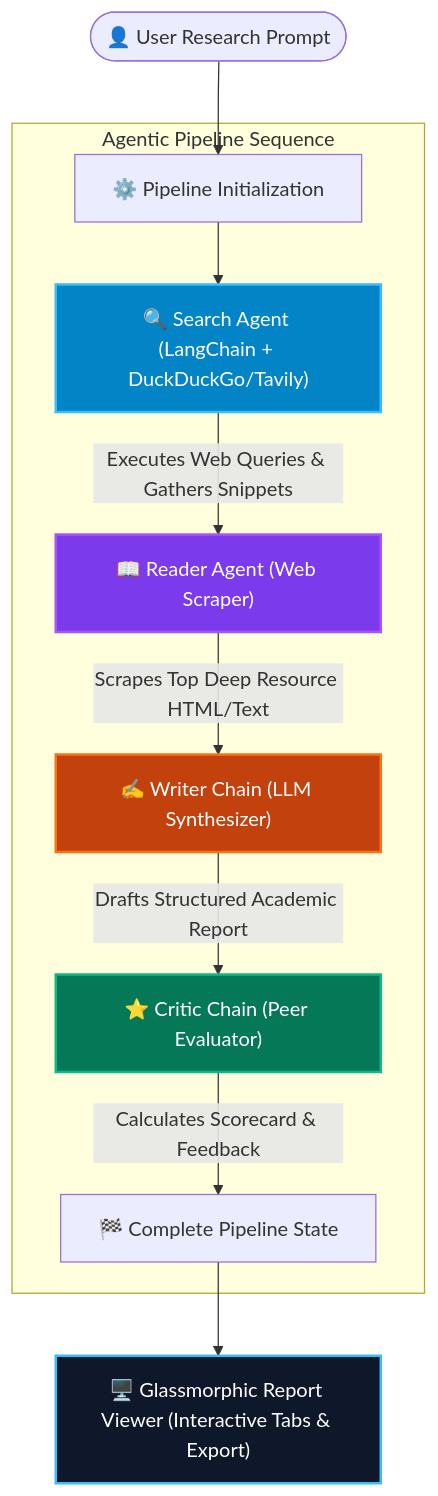
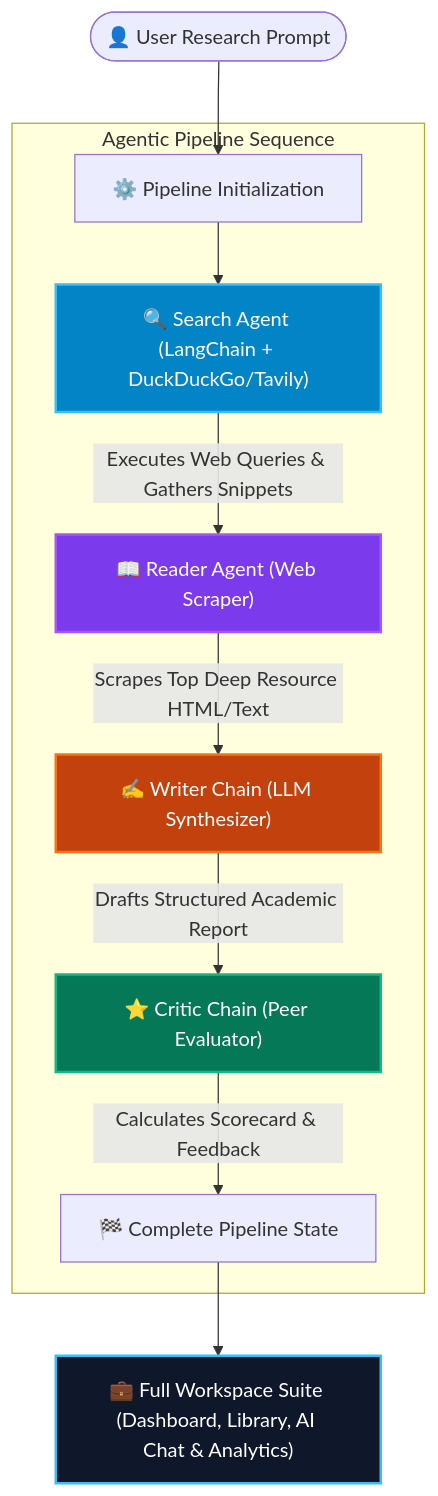
One commit to AdeenaRamzan/Multi-agent-research-system changed the diagram in README.md. Above: the diagram before and after it, drawn with Mermaid. The commit also changed other lines of this file, not shown here.

Commit message:
Update README.md with workspace features, architecture, and deployment instructions

````diff
--- a/README.md
+++ b/README.md
@@ -34,20 +36,20 @@
 ```mermaid
 graph TD
     User([👤 User Research Prompt]) --> Init[⚙️ Pipeline Initialization]
     
     subgraph "Agentic Pipeline Sequence"
         Init --> SearchAgent["🔍 Search Agent (LangChain + DuckDuckGo/Tavily)"]
         SearchAgent -->|Executes Web Queries & Gathers Snippets| ReaderAgent["📖 Reader Agent (Web Scraper)"]
         ReaderAgent -->|Scrapes Top Deep Resource HTML/Text| WriterChain["✍️ Writer Chain (LLM Synthesizer)"]
         WriterChain -->|Drafts Structured Academic Report| CriticChain["⭐ Critic Chain (Peer Evaluator)"]
         CriticChain -->|Calculates Scorecard & Feedback| Complete[🏁 Complete Pipeline State]
     end
 
-    Complete --> UI["🖥️ Glassmorphic Report Viewer (Interactive Tabs & Export)"]
+    Complete --> Workspace["💼 Full Workspace Suite (Dashboard, Library, AI Chat & Analytics)"]
 
     style SearchAgent fill:#0284c7,stroke:#38bdf8,stroke-width:2px,color:#fff
     style ReaderAgent fill:#7c3aed,stroke:#a855f7,stroke-width:2px,color:#fff
     style WriterChain fill:#c2410c,stroke:#f97316,stroke-width:2px,color:#fff
     style CriticChain fill:#047857,stroke:#10b981,stroke-width:2px,color:#fff
-    style UI fill:#0f172a,stroke:#38bdf8,stroke-width:2px,color:#fff
+    style Workspace fill:#0f172a,stroke:#38bdf8,stroke-width:2px,color:#fff
 ```
````
